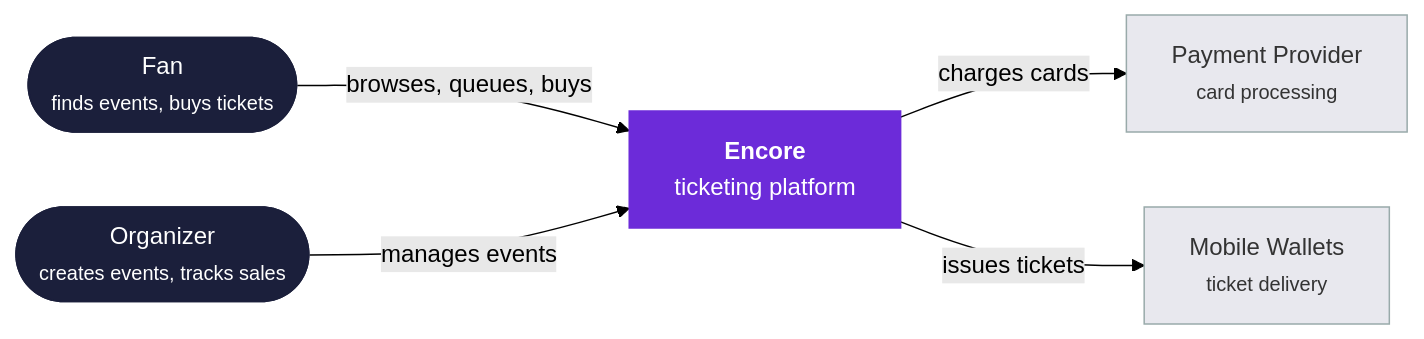
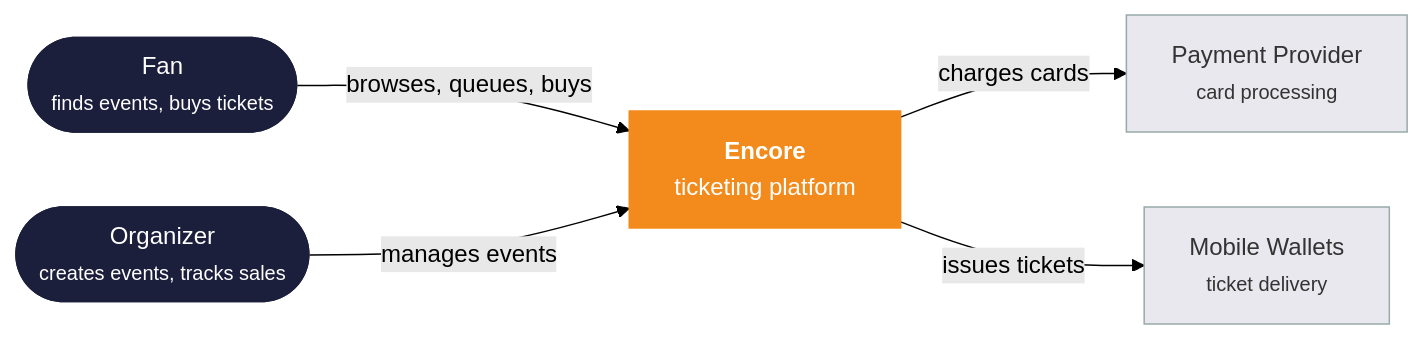
Before and after one commit to oleksiyp/arch-book: the first of 22 diagrams in README.md, drawn with Mermaid (forest theme). The commit also changed other lines of this file and 6 other files, not shown here.

```diff
--- a/README.md
+++ b/README.md
@@ -120,18 +120,18 @@
 <pre class="mermaid">
 flowchart LR
     fan(["Fan<br/><small>finds events, buys tickets</small>"])
     org(["Organizer<br/><small>creates events, tracks sales</small>"])
     encore["<b>Encore</b><br/>ticketing platform"]
     psp["Payment Provider<br/><small>card processing</small>"]
     wallet["Mobile Wallets<br/><small>ticket delivery</small>"]
     fan -- browses, queues, buys --> encore
     org -- manages events --> encore
     encore -- charges cards --> psp
     encore -- issues tickets --> wallet
     classDef person fill:#1b1f3b,stroke:#1b1f3b,color:#fff
-    classDef system fill:#6c2bd9,stroke:#6c2bd9,color:#fff
+    classDef system fill:#f38b1c,stroke:#f38b1c,color:#fff
     classDef external fill:#e8e8ee,stroke:#9aa,color:#333
     class fan,org person
     class encore system
     class psp,wallet external
 </pre>
```
